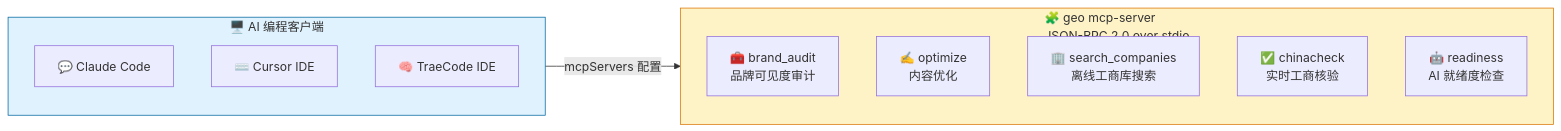
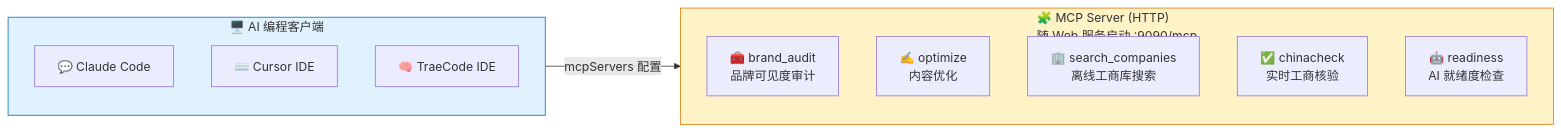
Diagram 28 of 29 in docs/getting-started.md (deep2code/geo), drawn with Mermaid before and after one commit. The commit also changed other lines of this file and 48 other files, not shown here.

````diff
--- a/docs/getting-started.md
+++ b/docs/getting-started.md
@@ -970,21 +948,21 @@
 ```mermaid
 graph LR
     subgraph CLIENT["🖥️ AI 编程客户端"]
         C1["💬 Claude Code"]
         C2["⌨️ Cursor IDE"]
         C3["🧠 TraeCode IDE"]
     end
 
-    subgraph MCP["🧩 geo mcp-server<br/>JSON-RPC 2.0 over stdio"]
+    subgraph MCP["🧩 MCP Server (HTTP)<br/>随 Web 服务启动 :9090/mcp"]
         T1["🧰 brand_audit<br/>品牌可见度审计"]
         T2["✍️ optimize<br/>内容优化"]
         T3["🏢 search_companies<br/>离线工商库搜索"]
         T4["✅ chinacheck<br/>实时工商核验"]
         T5["🤖 readiness<br/>AI 就绪度检查"]
     end
 
     CLIENT -->|"mcpServers 配置"| MCP
 
     style CLIENT fill:#e0f2fe,stroke:#0369a1
     style MCP fill:#fef3c7,stroke:#d97706
 ```
````
